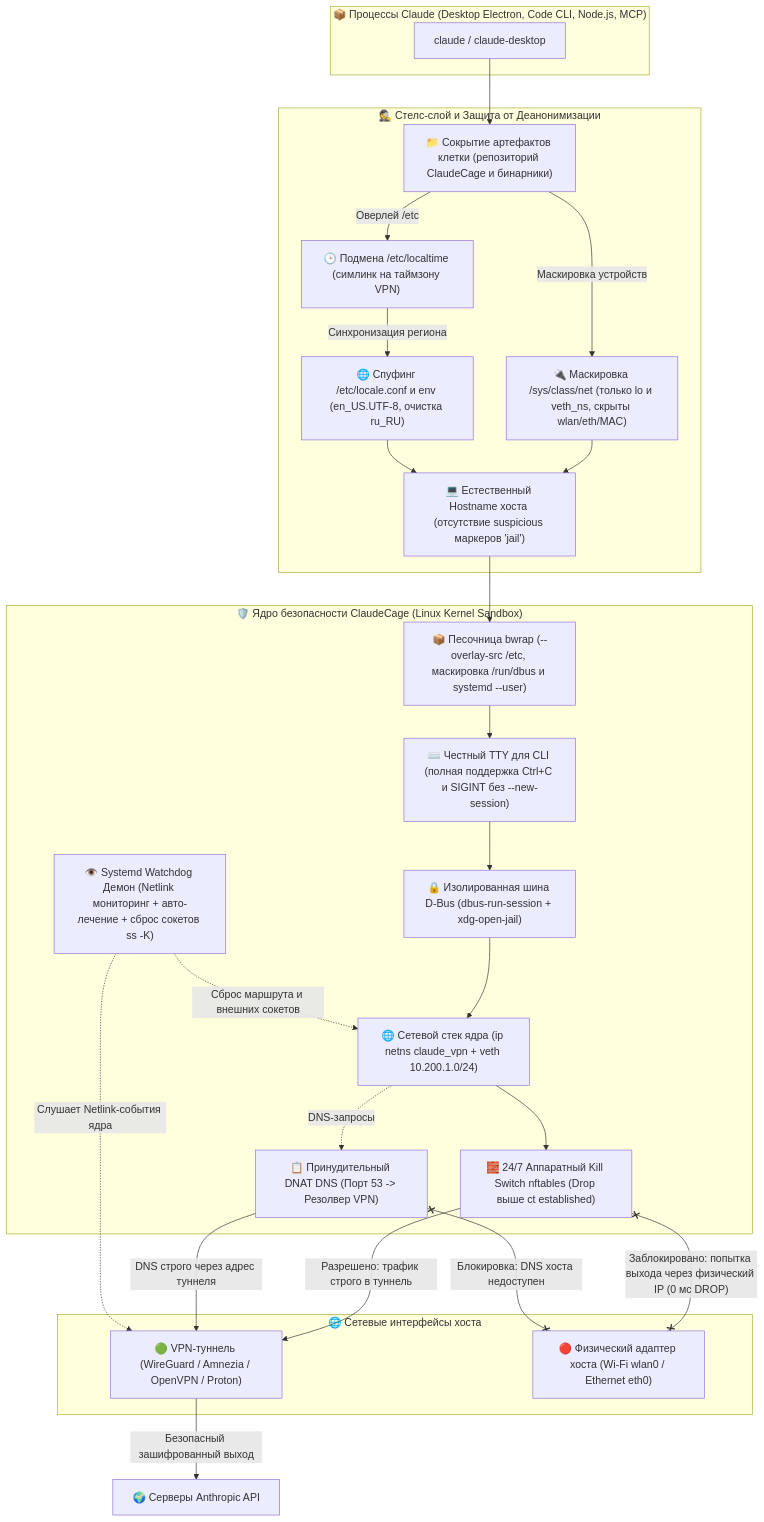
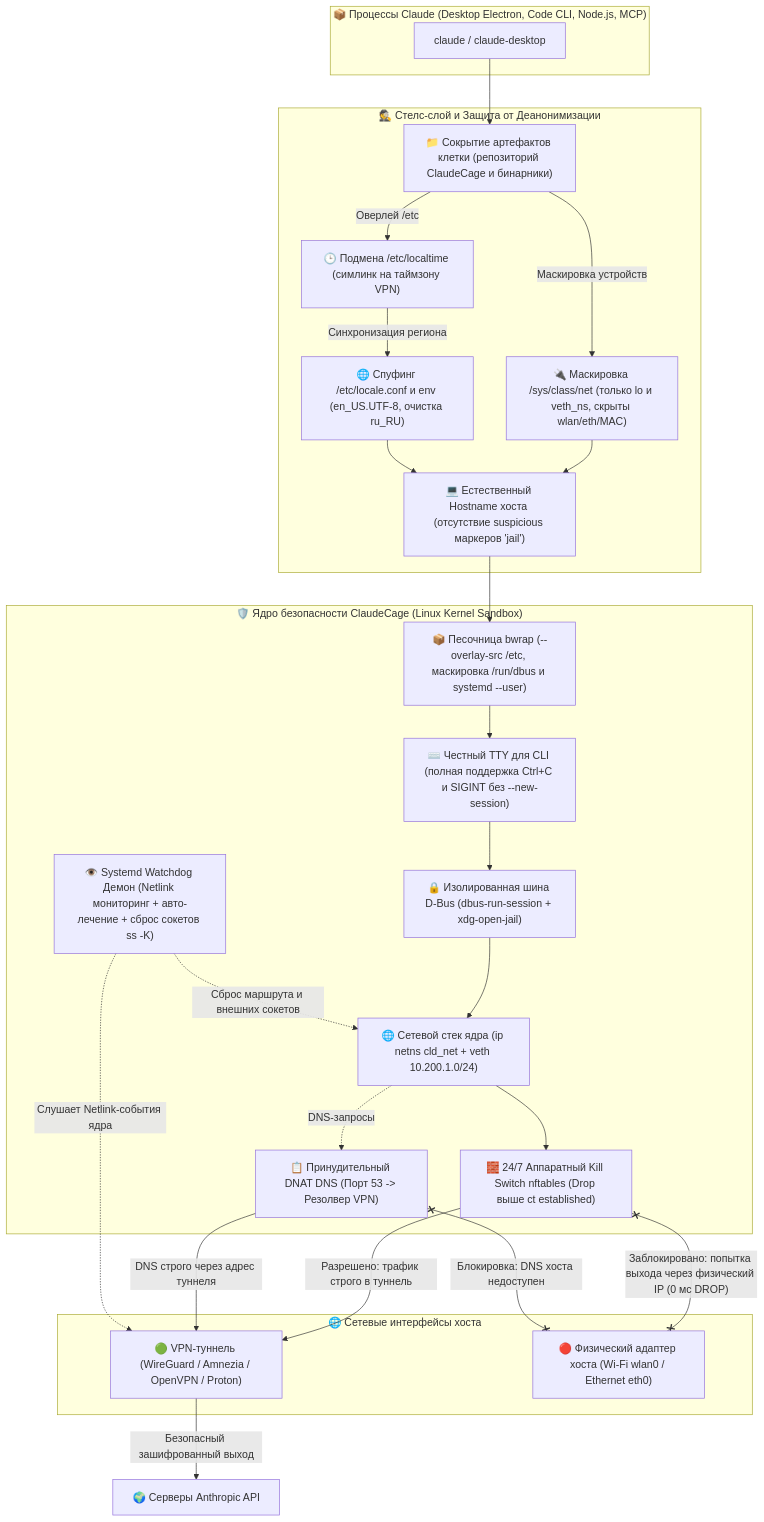
One commit to NikitaLozinsky/ClaudeCage_Linux changed the diagram in README.md. Above: the diagram before and after it, drawn with Mermaid. The commit also changed other lines of this file and 19 other files, not shown here.

Commit message:
feat(stealth): rename claude-vpn to cld-cage to prevent agent discovery

````diff
--- a/README.md
+++ b/README.md
@@ -17,49 +17,49 @@
 ```mermaid
 flowchart TD
     subgraph App["📦 Процессы Claude (Desktop Electron, Code CLI, Node.js, MCP)"]
         CL["claude / claude-desktop"]
     end
 
     subgraph Stealth["🕵️ Стелс-слой и Защита от Деанонимизации"]
         HIDE["📁 Сокрытие артефактов клетки (репозиторий ClaudeCage и бинарники)"]
         NET_HIDE["🔌 Маскировка /sys/class/net (только lo и veth_ns, скрыты wlan/eth/MAC)"]
         TZ_SPOOF["🕒 Подмена /etc/localtime (симлинк на таймзону VPN)"]
         LOC_SPOOF["🌐 Спуфинг /etc/locale.conf и env (en_US.UTF-8, очистка ru_RU)"]
         HOST_KEEP["💻 Естественный Hostname хоста (отсутствие suspicious маркеров 'jail')"]
 
         HIDE -->|"Маскировка устройств"| NET_HIDE
         HIDE -->|"Оверлей /etc"| TZ_SPOOF
         TZ_SPOOF -->|"Синхронизация региона"| LOC_SPOOF
         NET_HIDE --> HOST_KEEP
         LOC_SPOOF --> HOST_KEEP
     end
 
     subgraph Defense["🛡️ Ядро безопасности ClaudeCage (Linux Kernel Sandbox)"]
         BWRAP["📦 Песочница bwrap (--overlay-src /etc, маскировка /run/dbus и systemd --user)"]
         TTY_FIX["⌨️ Честный TTY для CLI (полная поддержка Ctrl+C и SIGINT без --new-session)"]
         DBUS["🔒 Изолированная шина D-Bus (dbus-run-session + xdg-open-jail)"]
-        NETNS["🌐 Сетевой стек ядра (ip netns claude_vpn + veth 10.200.1.0/24)"]
+        NETNS["🌐 Сетевой стек ядра (ip netns cld_net + veth 10.200.1.0/24)"]
         NFT["🧱 24/7 Аппаратный Kill Switch nftables (Drop выше ct established)"]
         DNAT["📋 Принудительный DNAT DNS (Порт 53 -> Резолвер VPN)"]
         WD["👁️ Systemd Watchdog Демон (Netlink мониторинг + авто-лечение + сброс сокетов ss -K)"]
     end
 
     subgraph Net["🌐 Сетевые интерфейсы хоста"]
         VPN["🟢 VPN-туннель (WireGuard / Amnezia / OpenVPN / Proton)"]
         ETH["🔴 Физический адаптер хоста (Wi-Fi wlan0 / Ethernet eth0)"]
     end
 
     CL --> HIDE
     HOST_KEEP --> BWRAP --> TTY_FIX --> DBUS --> NETNS --> NFT
     NETNS -.->|"DNS-запросы"| DNAT
 
     NFT -->|"Разрешено: трафик строго в туннель"| VPN
     NFT x--x|"Заблокировано: попытка выхода через физический IP (0 мс DROP)"| ETH
     DNAT -->|"DNS строго через адрес туннеля"| VPN
     DNAT x--x|"Блокировка: DNS хоста недоступен"| ETH
 
     WD -.->|"Слушает Netlink-события ядра"| VPN
     WD -.->|"Сброс маршрута и внешних сокетов"| NETNS
 
     VPN -->|"Безопасный зашифрованный выход"| Internet["🌍 Серверы Anthropic API"]
 ```
````
